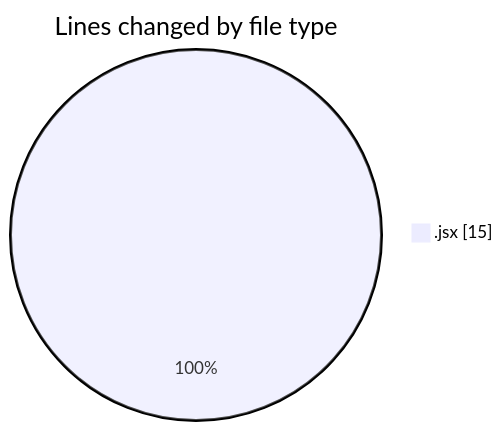
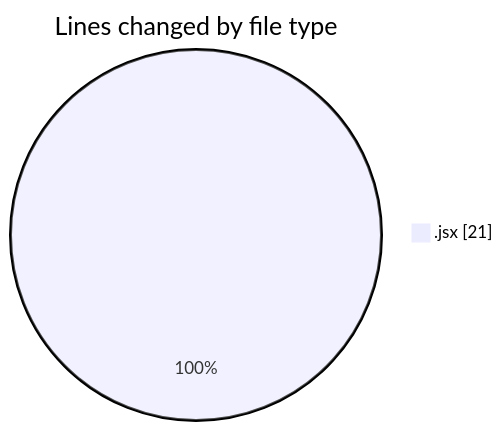
Before and after one commit to nxtqubesakshisongat/code-tracking: the first of 2 diagrams in 2025-06-17/nxtqube_webapp/README.md, drawn with Mermaid. The commit also changed other lines of this file and 1 other file, not shown here.

````diff
--- a/2025-06-17/nxtqube_webapp/README.md
+++ b/2025-06-17/nxtqube_webapp/README.md
@@ -20,5 +20,5 @@
 ```mermaid
 pie showData
 title Lines changed by file type
-".jsx" : 15
+".jsx" : 21
 ```
````
